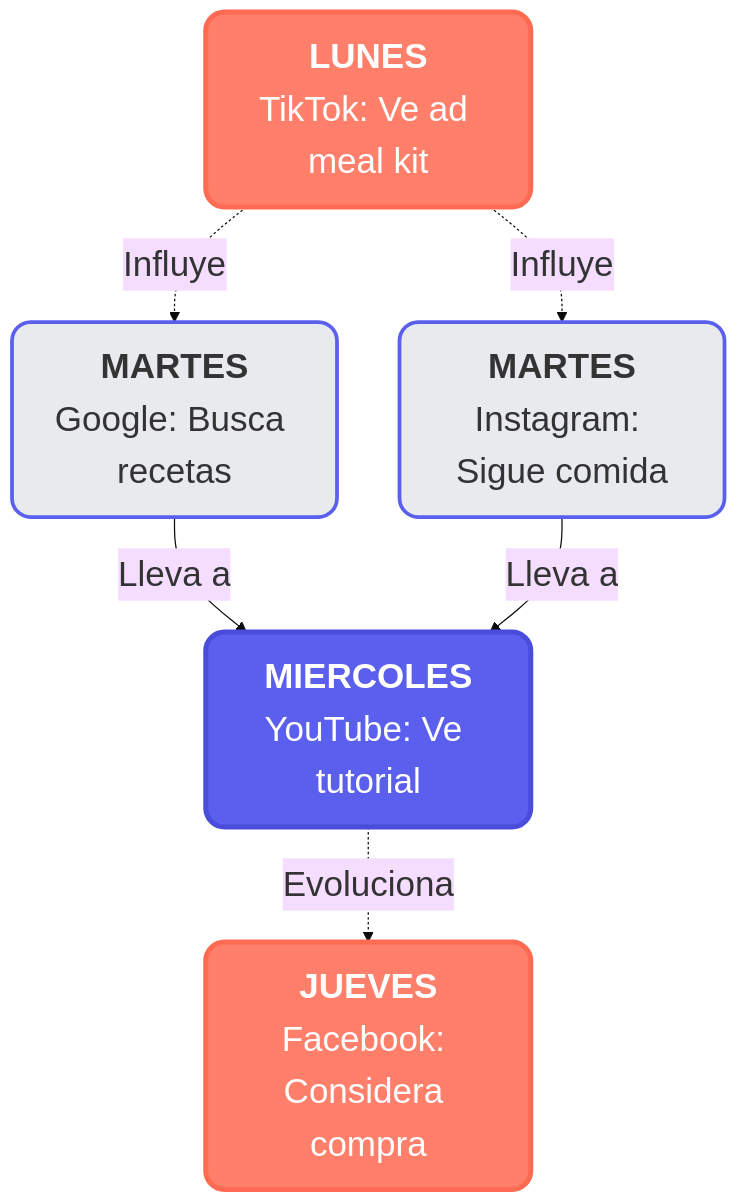
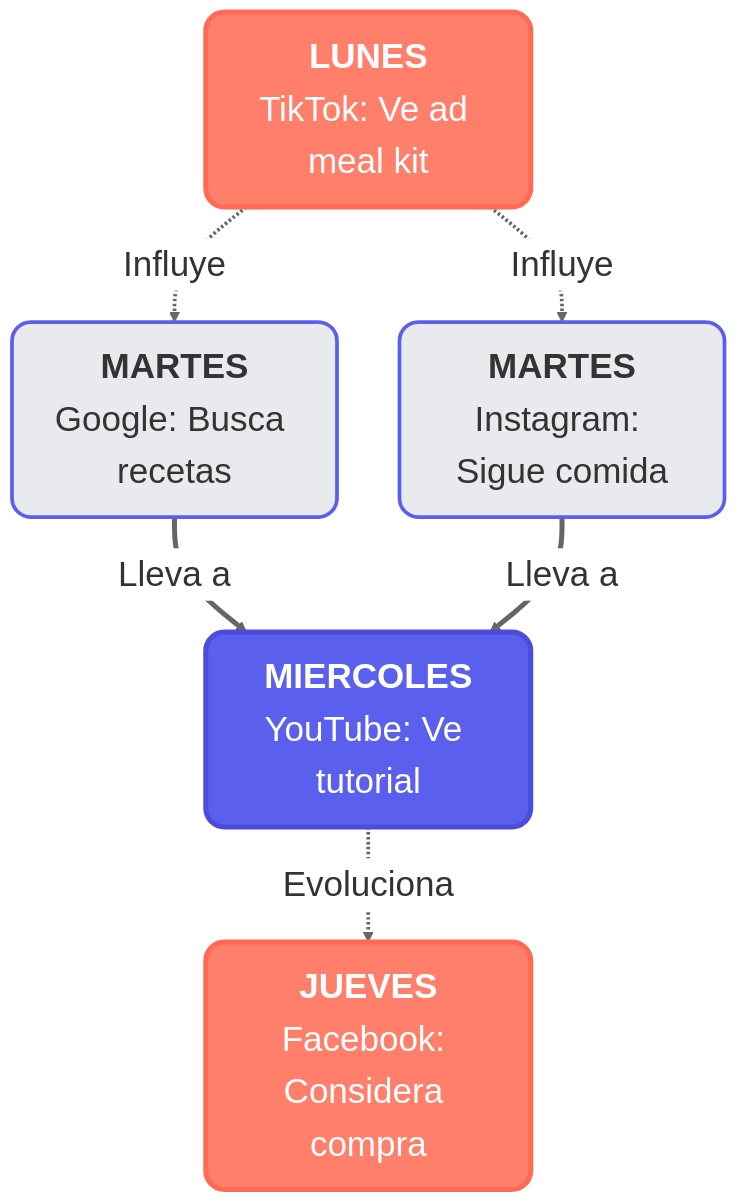
Before and after one commit to SeenkaMedia/persona: the diagram in docs/presentation/visuals/02_behavioral_coherence.mmd, drawn with Mermaid. The commit also changed 11 other files, not shown here.

```diff
--- a/docs/presentation/visuals/02_behavioral_coherence.mmd
+++ b/docs/presentation/visuals/02_behavioral_coherence.mmd
@@ -1,20 +1,26 @@
-%%{init: {'theme':'base', 'themeVariables': { 'fontSize':'28px', 'fontFamily':'Lato, sans-serif'}}}%%
+%%{init: {'theme':'base', 'themeVariables': { 'fontSize':'28px', 'fontFamily':'Lato, sans-serif', 'lineColor':'#666666', 'edgeLabelBackground':'#ffffff'}}}%%
 
 graph TD
     A["<b>LUNES</b><br/>TikTok: Ve ad meal kit"]
     B["<b>MARTES</b><br/>Google: Busca recetas"]
     C["<b>MARTES</b><br/>Instagram: Sigue comida"]
     D["<b>MIERCOLES</b><br/>YouTube: Ve tutorial"]
     E["<b>JUEVES</b><br/>Facebook: Considera compra"]
 
     A -.->|"Influye"| B
     A -.->|"Influye"| C
-    B -->|"Lleva a"| D
-    C -->|"Lleva a"| D
+    B ==>|"Lleva a"| D
+    C ==>|"Lleva a"| D
     D -.->|"Evoluciona"| E
+
+    linkStyle 0 stroke:#666666,stroke-width:3px
+    linkStyle 1 stroke:#666666,stroke-width:3px
+    linkStyle 2 stroke:#666666,stroke-width:4px
+    linkStyle 3 stroke:#666666,stroke-width:4px
+    linkStyle 4 stroke:#666666,stroke-width:3px
 
     style A fill:#FF7F6A,stroke:#FF6B52,stroke-width:4px,color:#fff,rx:15,ry:15
     style B fill:#E8EAED,stroke:#5B5FED,stroke-width:3px,color:#333,rx:15,ry:15
     style C fill:#E8EAED,stroke:#5B5FED,stroke-width:3px,color:#333,rx:15,ry:15
     style D fill:#5B5FED,stroke:#4A4DDB,stroke-width:4px,color:#fff,rx:15,ry:15
     style E fill:#FF7F6A,stroke:#FF6B52,stroke-width:4px,color:#fff,rx:15,ry:15
```
